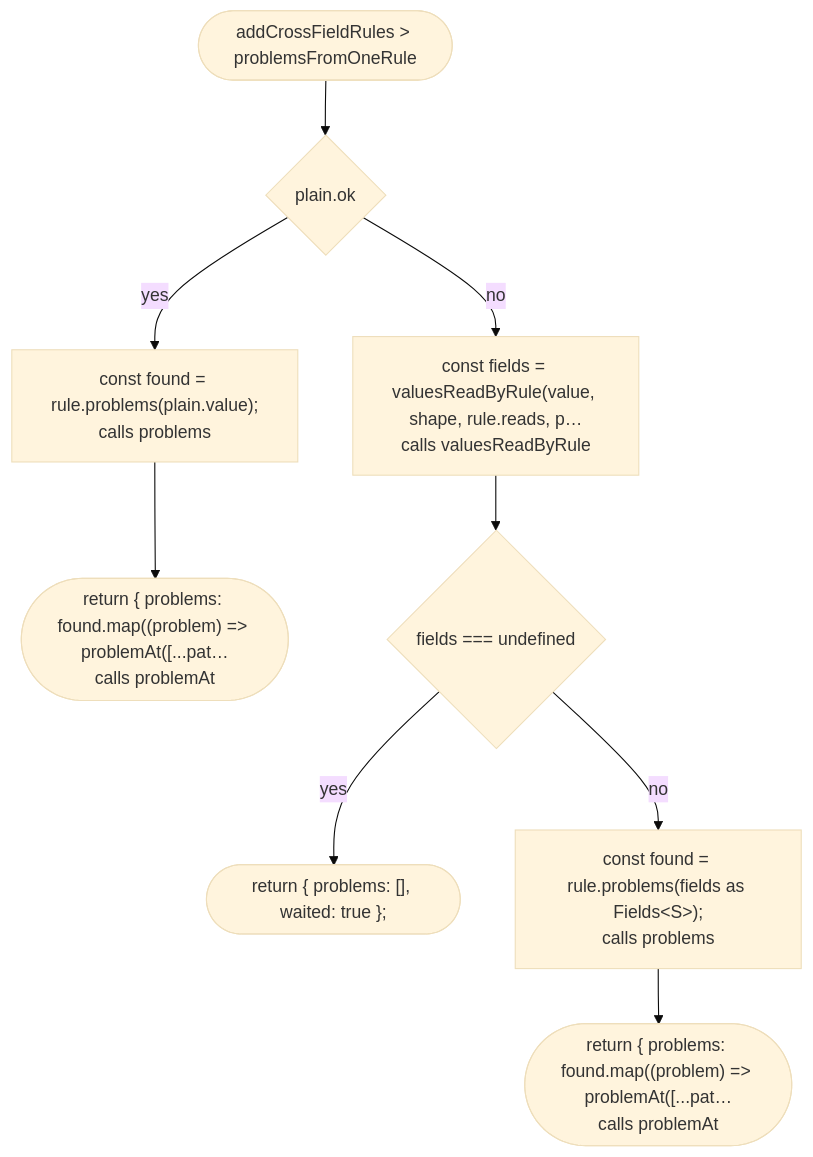
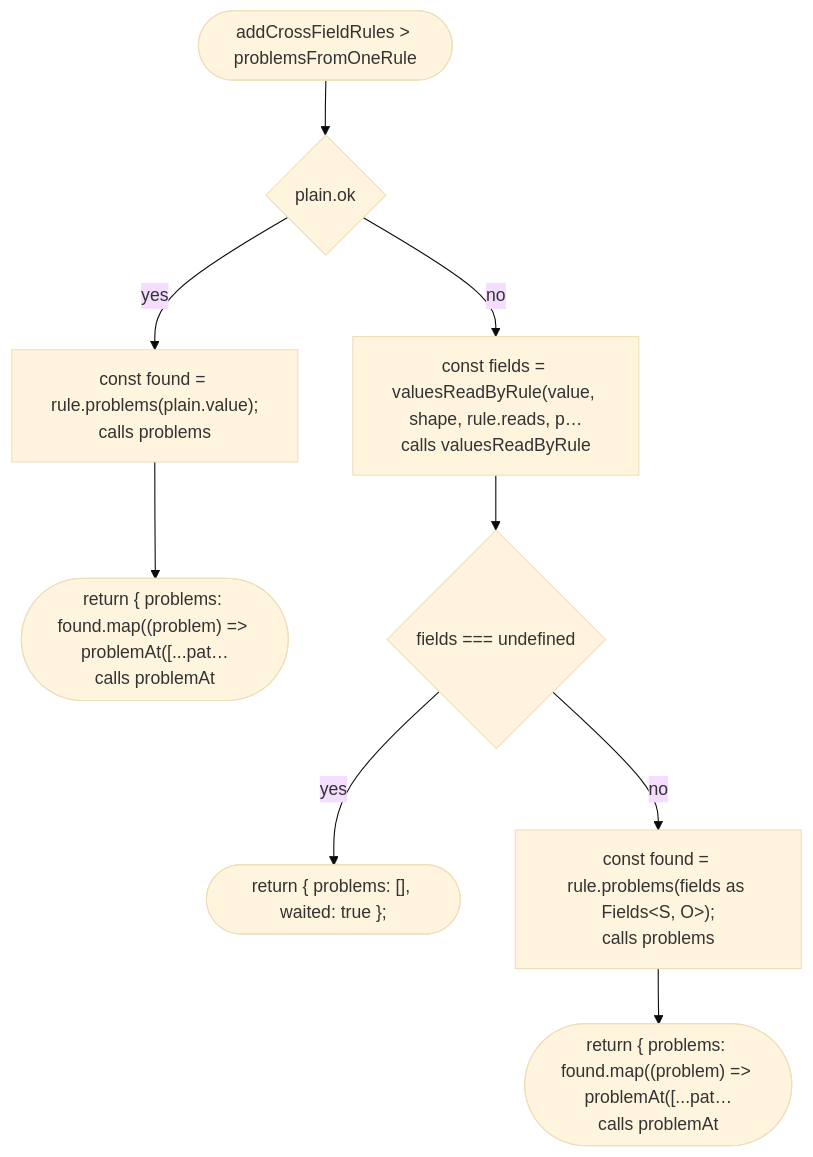
Before and after one commit to NewDara-Star/world-engine: diagram 42 of 48 in docs/flows/src/place/parse.md, drawn with Mermaid (base theme). The commit also changed other lines of this file and 87 other files, not shown here.

````diff
--- a/docs/flows/src/place/parse.md
+++ b/docs/flows/src/place/parse.md
@@ -549,20 +637,20 @@
 ```mermaid
 flowchart TD
   n1(["addCrossFieldRules #gt; problemsFromOneRule"])
   n2{"plain.ok"}
   n3["const found = rule.problems(plain.value);<br/>calls problems"]
   n4(["return { problems: found.map((problem) =#gt; problemAt([...pat…<br/>calls problemAt"])
   n5["const fields = valuesReadByRule(value, shape, rule.reads, p…<br/>calls valuesReadByRule"]
   n6{"fields === undefined"}
   n7(["return { problems: [], waited: true };"])
-  n8["const found = rule.problems(fields as Fields#lt;S#gt;);<br/>calls problems"]
+  n8["const found = rule.problems(fields as Fields#lt;S, O#gt;);<br/>calls problems"]
   n9(["return { problems: found.map((problem) =#gt; problemAt([...pat…<br/>calls problemAt"])
   n1 --> n2
   n2 -->|"yes"| n3
   n3 --> n4
   n2 -->|"no"| n5
   n5 --> n6
   n6 -->|"yes"| n7
   n6 -->|"no"| n8
   n8 --> n9
 ```
````
